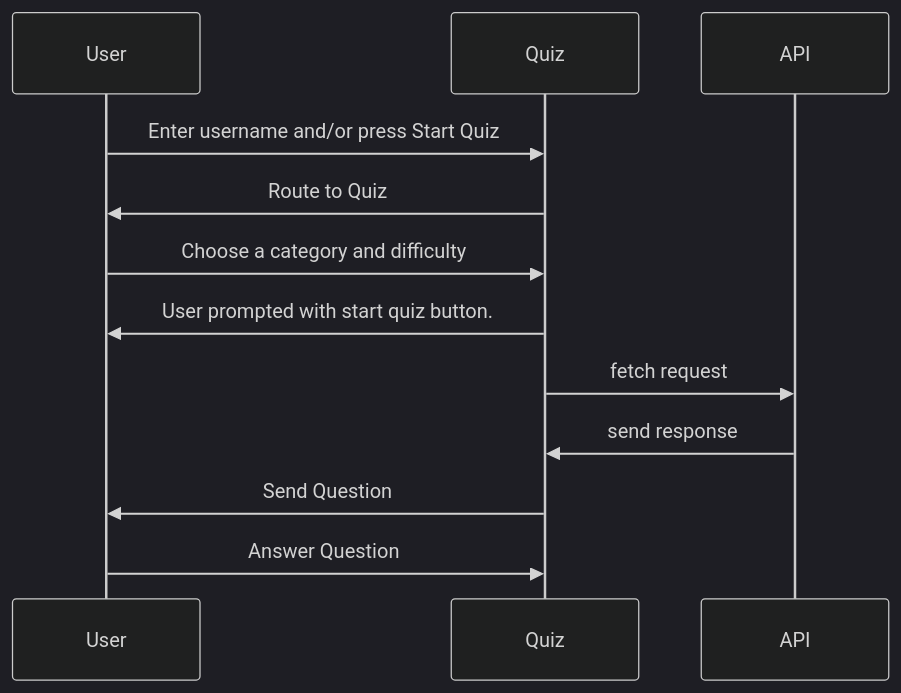
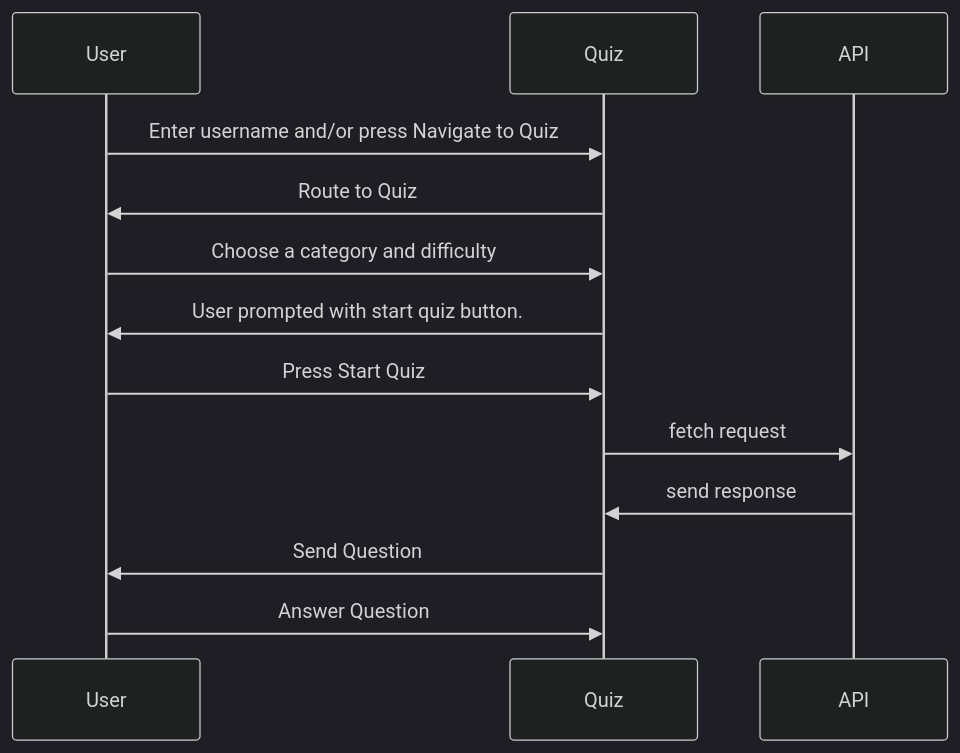
One commit to AdamAgerling/AdamAgerling-testing_typescript-quiz_app changed the diagram in src/sequenceDiagram.md. Above: the diagram before and after it, drawn with Mermaid (dark theme). The commit also changed 1 other file, not shown here.

Commit message:
add new happening to sequenceDiagram.md

````diff
--- a/src/sequenceDiagram.md
+++ b/src/sequenceDiagram.md
@@ -1,16 +1,17 @@
 ```mermaid
   sequenceDiagram
       participant User
       participant Quiz
       participant API
 
-      User->>Quiz: Enter username and/or press Start Quiz
+    User->>Quiz: Enter username and/or press Navigate to Quiz
       Quiz->>User: Route to Quiz
       User->>Quiz: Choose a category and difficulty
       Quiz->>User: User prompted with start quiz button.
+      User->>Quiz: Press Start Quiz
       Quiz->>API: fetch request
       API->>Quiz: send response
       Quiz->>User: Send Question
       User->>Quiz: Answer Question
 
 ```
````
